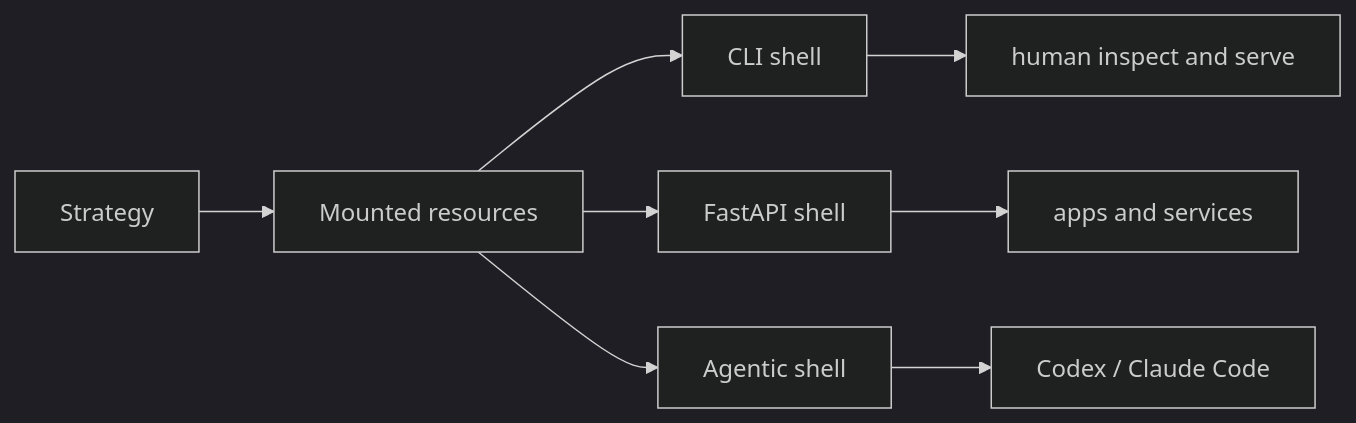
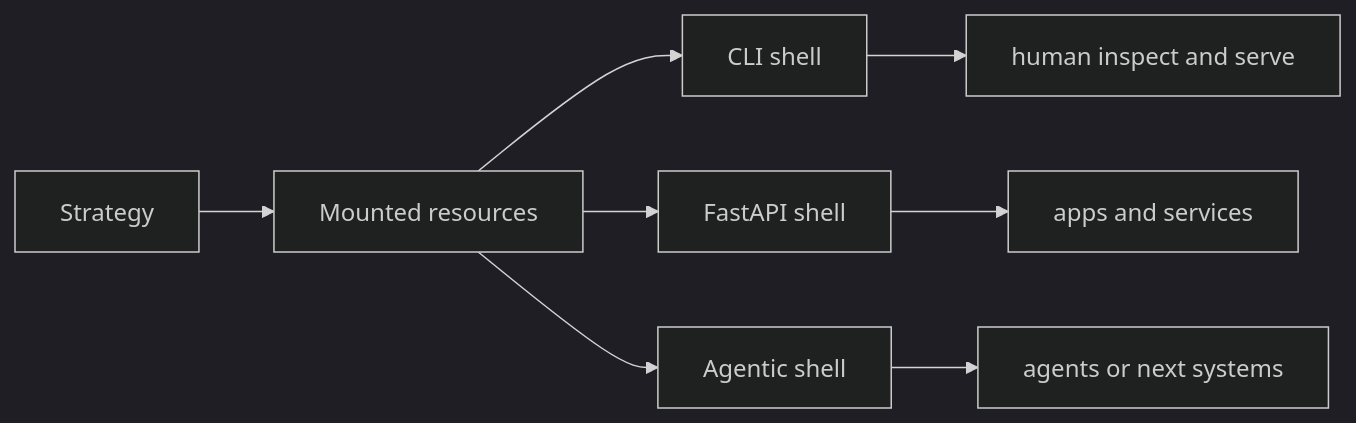
Before and after one commit to Productive-Superintelligence/aaax: the diagram in docs/launch/index.md, drawn with Mermaid (dark theme). The commit also changed other lines of this file and 6 other files, not shown here.

````diff
--- a/docs/launch/index.md
+++ b/docs/launch/index.md
@@ -7,10 +7,10 @@
 ```mermaid
 flowchart LR
   A["Strategy"] --> B["Mounted resources"]
   B --> C["CLI shell"]
   B --> D["FastAPI shell"]
   B --> E["Agentic shell"]
   C --> F["human inspect and serve"]
   D --> G["apps and services"]
-  E --> H["Codex / Claude Code"]
+  E --> H["agents or next systems"]
 ```
````
